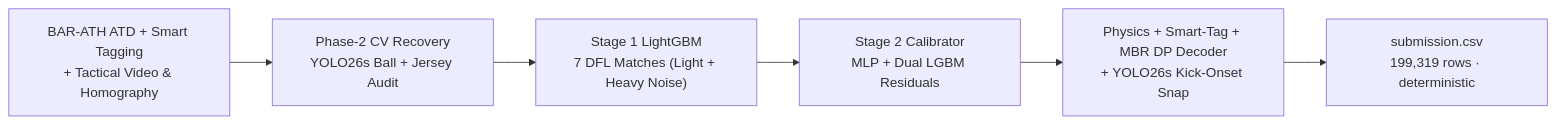
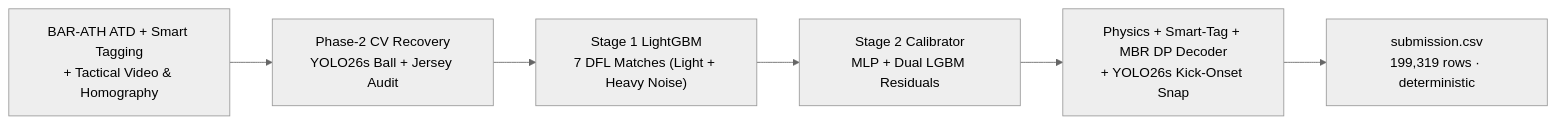
Before and after one commit to kelekers/barcelona: the diagram in TECHNICAL_REPORT.md, drawn with Mermaid. The commit also changed other lines of this file and 5 other files, not shown here.

````diff
--- a/TECHNICAL_REPORT.md
+++ b/TECHNICAL_REPORT.md
@@ -13,8 +9,9 @@
 ```mermaid
+%%{init: {'theme': 'neutral'}}%%
 flowchart LR
     ATD["BAR-ATH ATD + Smart Tagging<br/>+ Tactical Video & Homography"] --> CV["Phase-2 CV Recovery<br/>YOLO26s Ball + Jersey Audit"]
     CV --> S1["Stage 1 LightGBM<br/>7 DFL Matches (Light + Heavy Noise)"]
     S1 --> S2["Stage 2 Calibrator<br/>MLP + Dual LGBM Residuals"]
     S2 --> DEC["Physics + Smart-Tag + MBR DP Decoder<br/>+ YOLO26s Kick-Onset Snap"]
     DEC --> OUT["submission.csv<br/>199,319 rows · deterministic"]
 ```
````
